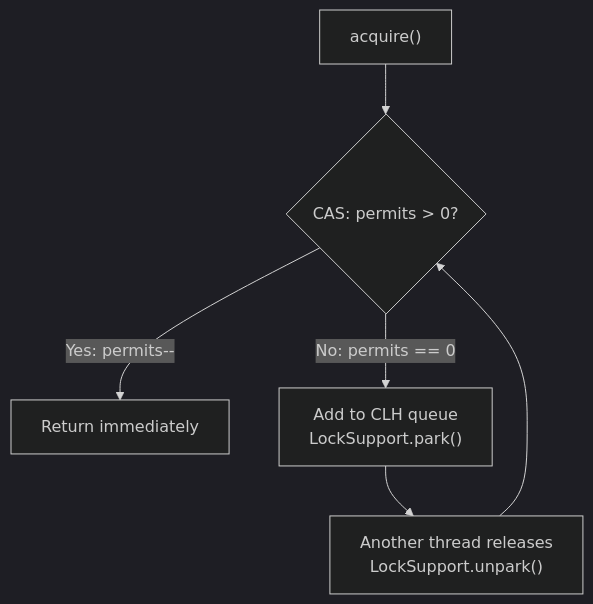
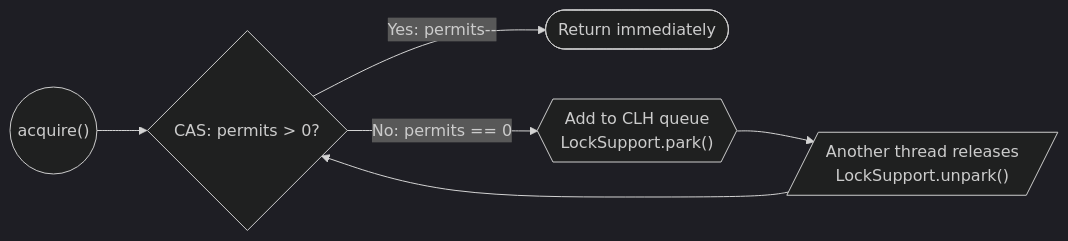
The second of 4 diagrams in docs/java/ConcurrencyPatterns.md (saivamsikaruturi/vamsilabs-dev-notes-main), drawn with Mermaid (dark theme) before and after one commit. The commit also changed other lines of this file and 146 other files, not shown here.

Commit message:
Horizontal diagrams, UML class diagrams, typography overhaul, and permalink cleanup

````diff
--- a/docs/java/ConcurrencyPatterns.md
+++ b/docs/java/ConcurrencyPatterns.md
@@ -466,8 +466,8 @@
 ```mermaid
-flowchart TD
-    ACQ["acquire()"] --> CAS{"CAS: permits > 0?"}
-    CAS -->|Yes: permits--| SUCCESS["Return immediately"]
-    CAS -->|No: permits == 0| PARK["Add to CLH queue<br/>LockSupport.park()"]
-    PARK --> WAKEUP["Another thread releases<br/>LockSupport.unpark()"]
+flowchart LR
+    ACQ(("acquire()")) --> CAS{"CAS: permits > 0?"}
+    CAS -->|Yes: permits--| SUCCESS(["Return immediately"])
+    CAS -->|No: permits == 0| PARK{{"Add to CLH queue<br/>LockSupport.park()"}}
+    PARK --> WAKEUP[/"Another thread releases<br/>LockSupport.unpark()"/]
     WAKEUP --> CAS
 ```
````
